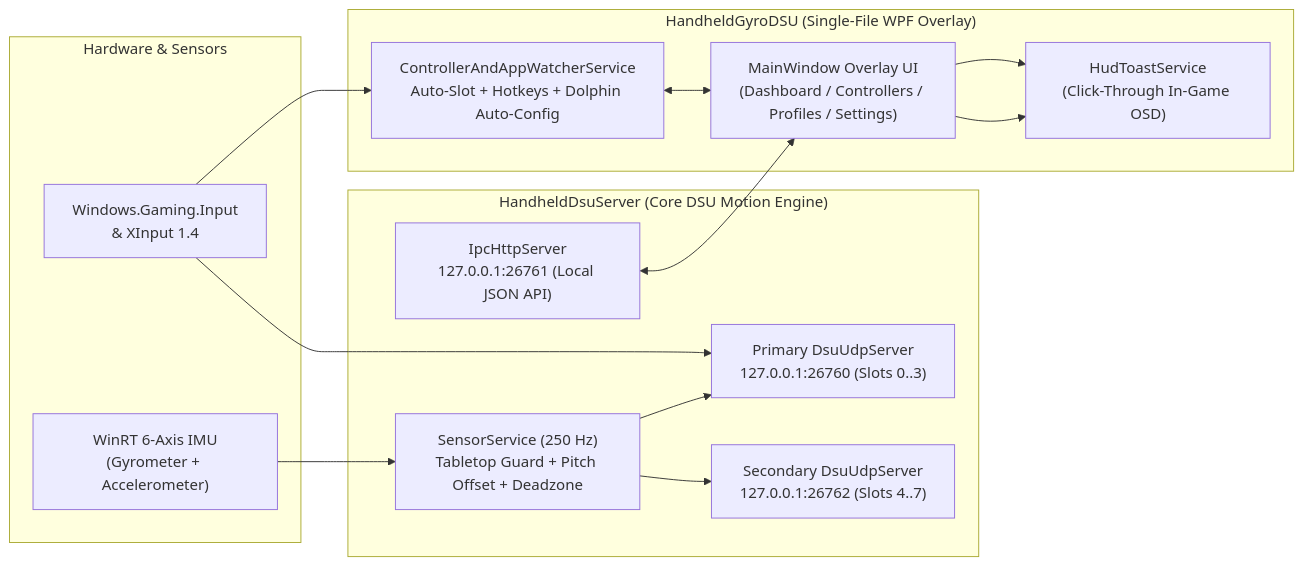
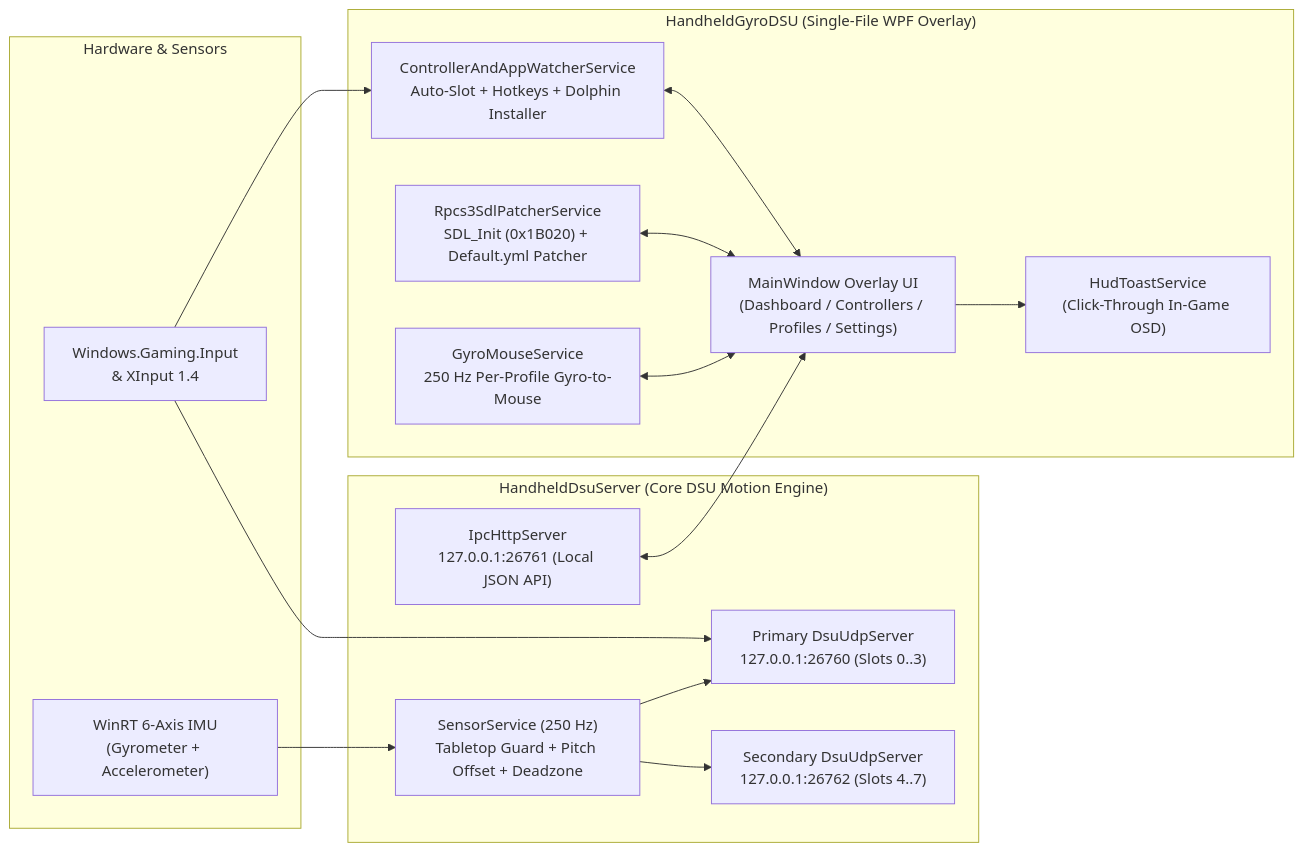
Before and after one commit to brktlhylmz/HandheldGyroDSU: the diagram in README.md, drawn with Mermaid. The commit also changed other lines of this file and 19 other files, not shown here.

Commit message:
feat(dolphin): add one-click Dolphin DSU profile installer, roll gravity fix, and emulator setup docs

````diff
--- a/README.md
+++ b/README.md
@@ -145,31 +166,33 @@
 ```mermaid
 flowchart LR
     subgraph Hardware ["Hardware & Sensors"]
         IMU["WinRT 6-Axis IMU\n(Gyrometer + Accelerometer)"]
         WGI["Windows.Gaming.Input\n& XInput 1.4"]
     end
 
     subgraph Engine ["HandheldDsuServer (Core DSU Motion Engine)"]
         SS["SensorService (250 Hz)\nTabletop Guard + Pitch Offset + Deadzone"]
         UDP1["Primary DsuUdpServer\n127.0.0.1:26760 (Slots 0..3)"]
         UDP2["Secondary DsuUdpServer\n127.0.0.1:26762 (Slots 4..7)"]
         IPC["IpcHttpServer\n127.0.0.1:26761 (Local JSON API)"]
     end
 
     subgraph UI ["HandheldGyroDSU (Single-File WPF Overlay)"]
         MW["MainWindow Overlay UI\n(Dashboard / Controllers / Profiles / Settings)"]
-        CW["ControllerAndAppWatcherService\nAuto-Slot + Hotkeys + Dolphin Auto-Config"]
-        HUD["HudToastService\n(Click-Through In-Game OSD)"]
+        CW["ControllerAndAppWatcherService\nAuto-Slot + Hotkeys + Dolphin Installer"]
+        RPCS3["Rpcs3SdlPatcherService\nSDL_Init (0x1B020) + Default.yml Patcher"]
+        GM["GyroMouseService\n250 Hz Per-Profile Gyro-to-Mouse"]
         HUD["HudToastService\n(Click-Through In-Game OSD)"]
     end
 
     IMU --> SS
     WGI --> CW
     WGI --> UDP1
     SS --> UDP1
     SS --> UDP2
     IPC <--> MW
     CW <--> MW
-    MW --> HUD
+    RPCS3 <--> MW
+    GM <--> MW
     MW --> HUD
 ```
````
